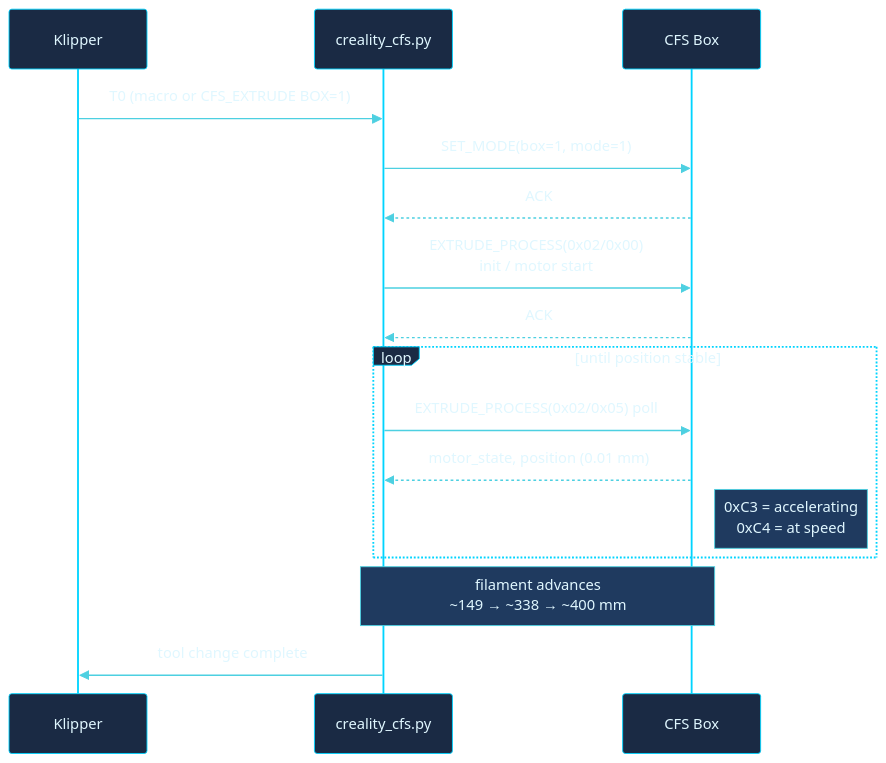
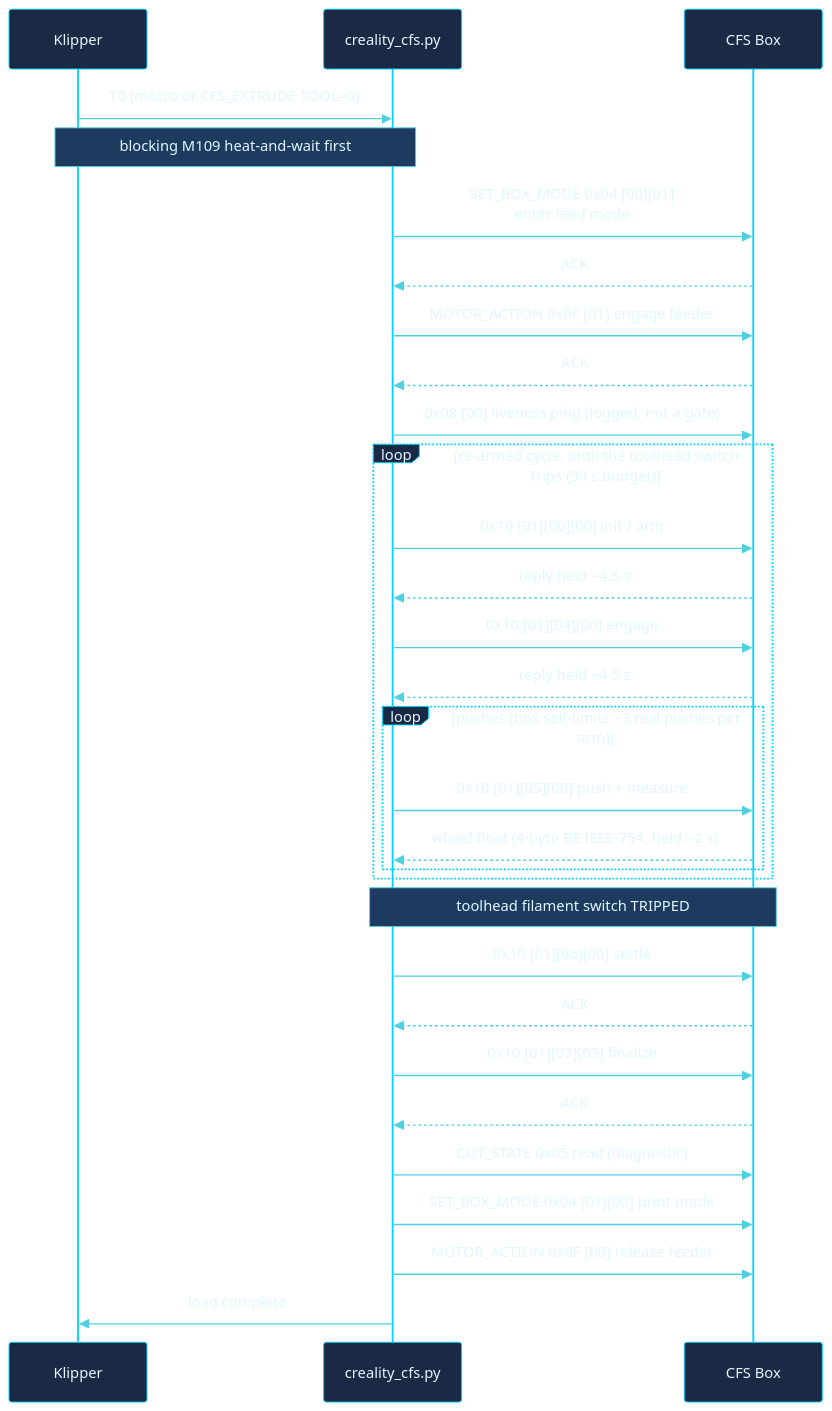
One commit to gitstonelabs/creality-cfs-klipper changed the seventh of 7 diagrams in INSTALL.md. Above: the diagram before and after it, drawn with Mermaid. The commit also changed other lines of this file and 29 other files, not shown here.

````diff
--- a/INSTALL.md
+++ b/INSTALL.md
@@ -388,25 +447,39 @@
 ```mermaid
 %%{init: {'theme':'base','themeVariables':{
   'background':'#0a1428','primaryColor':'#1a2a44','primaryTextColor':'#e0f7ff',
   'primaryBorderColor':'#00d4ff','lineColor':'#4dd0e1','secondaryColor':'#1f3a5f',
   'actorBkg':'#1a2a44','actorBorder':'#00d4ff','actorTextColor':'#e0f7ff',
   'noteBkgColor':'#1f3a5f','noteTextColor':'#e0f7ff','noteBorderColor':'#4dd0e1',
   'signalColor':'#4dd0e1','signalTextColor':'#e0f7ff'}}}%%
 sequenceDiagram
     participant K as Klipper
     participant M as creality_cfs.py
     participant B as CFS Box
 
-    K->>M: T0 (macro or CFS_EXTRUDE BOX=1)
-    M->>B: SET_MODE(box=1, mode=1)
+    K->>M: T0 (macro or CFS_EXTRUDE TOOL=0)
+    Note over K,M: blocking M109 heat-and-wait first
+    M->>B: SET_BOX_MODE 0x04 [00][01]<br/>enter feed mode
     B-->>M: ACK
-    M->>B: EXTRUDE_PROCESS(0x02/0x00)<br/>init / motor start
+    M->>B: MOTOR_ACTION 0x0F [01] engage feeder
     B-->>M: ACK
-    loop until position stable
-        M->>B: EXTRUDE_PROCESS(0x02/0x05) poll
-        B-->>M: motor_state, position (0.01 mm)
-        Note right of B: 0xC3 = accelerating<br/>0xC4 = at speed
+    M->>B: 0x08 [00] liveness ping (logged, not a gate)
+    loop re-armed cycle, until the toolhead switch trips (90 s budget)
+        M->>B: 0x10 [01][00][00] init / arm
+        B-->>M: reply held ~4.5 s
+        M->>B: 0x10 [01][04][00] engage
+        B-->>M: reply held ~4.5 s
+        loop pushes (box self-limits ~3 real pushes per arm)
+            M->>B: 0x10 [01][05][00] push + measure
+            B-->>M: wheel float (4-byte BE IEEE-754, held ~2 s)
+        end
     end
-    Note over M,B: filament advances<br/>~149 → ~338 → ~400 mm
-    M->>K: tool change complete
+    Note over M,B: toolhead filament switch TRIPPED
+    M->>B: 0x10 [01][06][00] settle
+    B-->>M: ACK
+    M->>B: 0x10 [01][07][03] finalize
+    B-->>M: ACK
+    M->>B: CUT_STATE 0x05 read (diagnostic)
+    M->>B: SET_BOX_MODE 0x04 [01][00] print mode
+    M->>B: MOTOR_ACTION 0x0F [00] release feeder
+    M->>K: load complete
 ```
````
